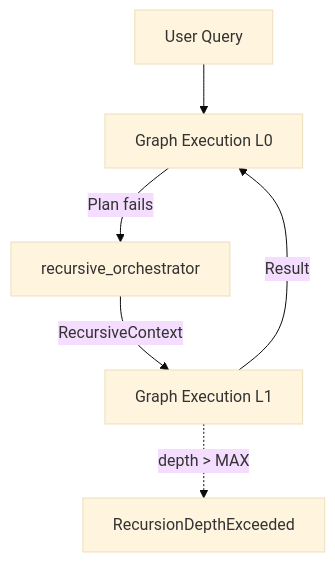
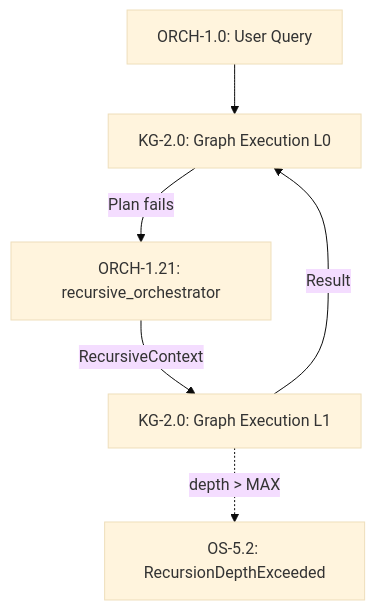
Before and after one commit to Knuckles-Team/agent-utilities: the second of 2 diagrams in docs/guides/conductor-orchestration.md, drawn with Mermaid (base theme). The commit also changed other lines of this file and 325 other files, not shown here.

````diff
--- a/docs/guides/conductor-orchestration.md
+++ b/docs/guides/conductor-orchestration.md
@@ -128,8 +128,8 @@
 ```mermaid
 graph TD
-    Q[User Query] --> G1[Graph Execution L0]
-    G1 -->|Plan fails| RC[recursive_orchestrator]
-    RC -->|RecursiveContext| G2[Graph Execution L1]
+    Q[ORCH-1.0: User Query] --> G1[KG-2.0: Graph Execution L0]
+    G1 -->|Plan fails| RC[ORCH-1.21: recursive_orchestrator]
+    RC -->|RecursiveContext| G2[KG-2.0: Graph Execution L1]
     G2 -->|Result| G1
-    G2 -.->|depth > MAX| ERR[RecursionDepthExceeded]
+    G2 -.->|depth > MAX| ERR[OS-5.2: RecursionDepthExceeded]
 ```
````
